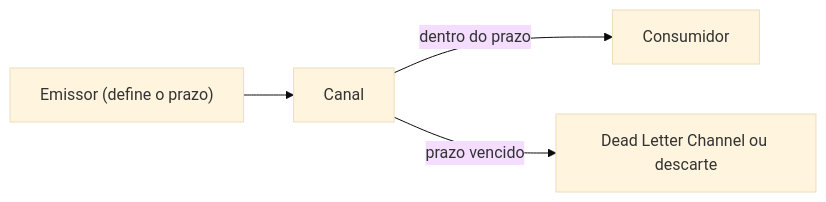
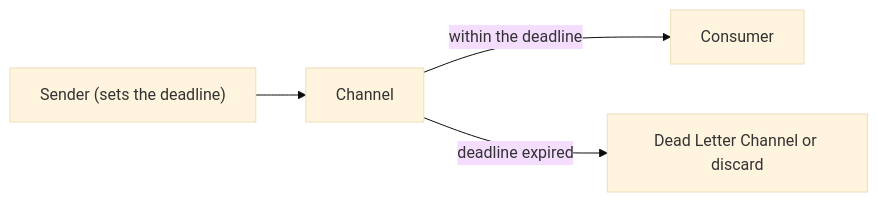
Before and after one commit to alancesar/design-patterns: the diagram in docs/architecture/eip/message-construction/message-expiration.md, drawn with Mermaid (base theme). The commit also changed 258 other files, not shown here.

First line of the commit message:
Translate Mermaid diagrams to English

````diff
--- a/docs/architecture/eip/message-construction/message-expiration.md
+++ b/docs/architecture/eip/message-construction/message-expiration.md
@@ -51,6 +51,6 @@
 ```mermaid
 flowchart LR
-    P["Emissor (define o prazo)"] --> Q["Canal"]
-    Q -->|"dentro do prazo"| C["Consumidor"]
-    Q -->|"prazo vencido"| D["Dead Letter Channel ou descarte"]
+    P["Sender (sets the deadline)"] --> Q["Channel"]
+    Q -->|"within the deadline"| C["Consumer"]
+    Q -->|"deadline expired"| D["Dead Letter Channel or discard"]
 ```
````
